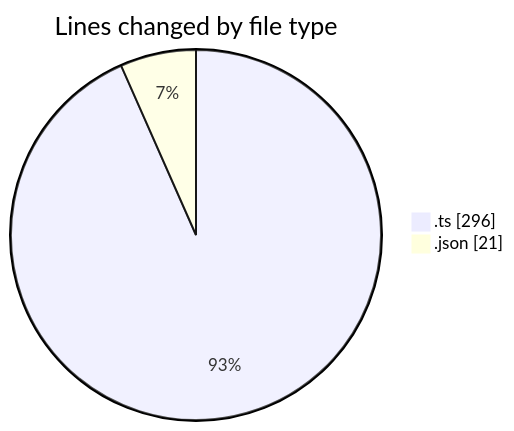
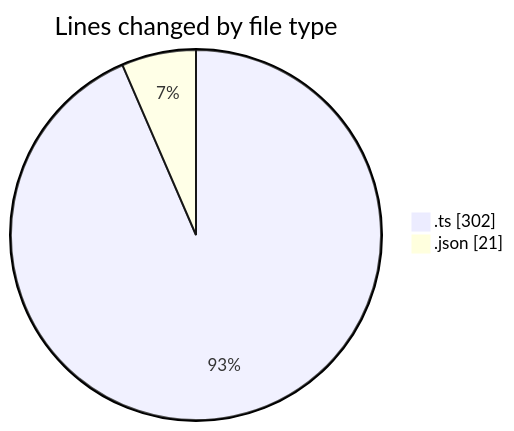
One commit to EIIisD/code-tracking changed the first of 2 diagrams in 2025-08-26/mcp-web/README.md. Above: the diagram before and after it, drawn with Mermaid. The commit also changed other lines of this file and 1 other file, not shown here.

````diff
--- a/2025-08-26/mcp-web/README.md
+++ b/2025-08-26/mcp-web/README.md
@@ -21,6 +21,6 @@
 ```mermaid
 pie showData
 title Lines changed by file type
-".ts" : 296
+".ts" : 302
 ".json" : 21
 ```
````
